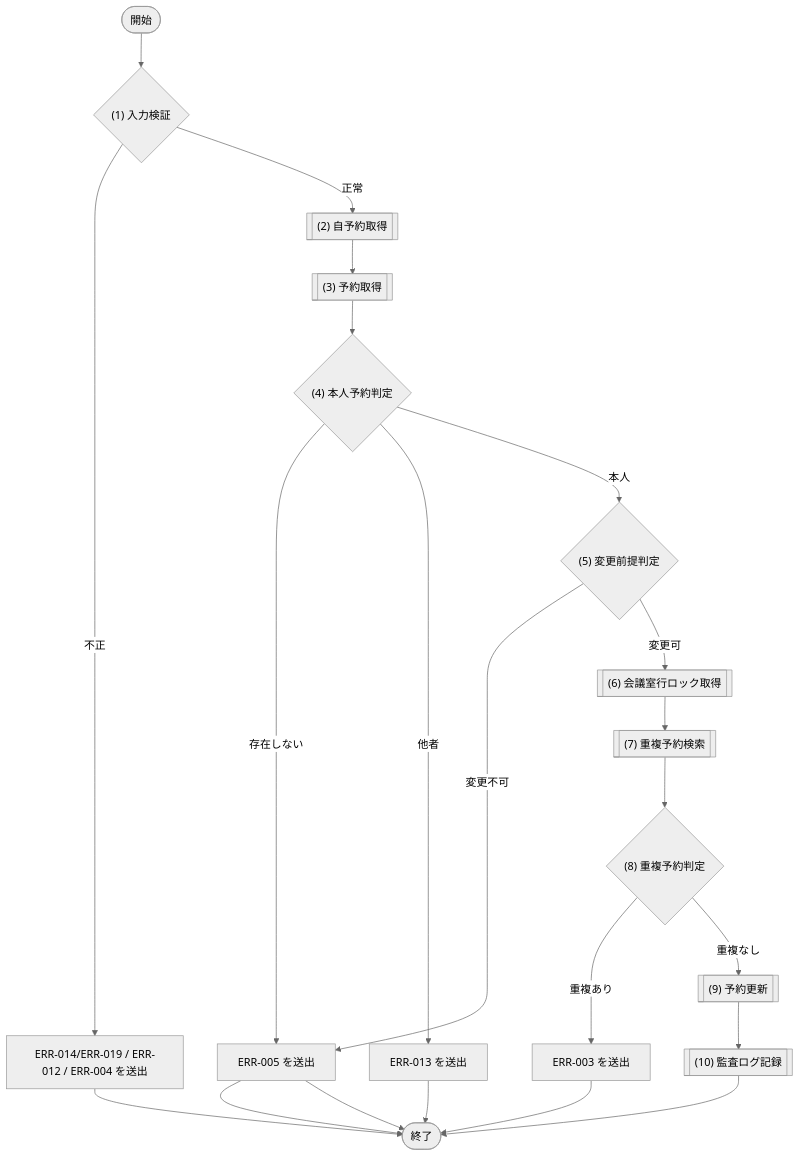
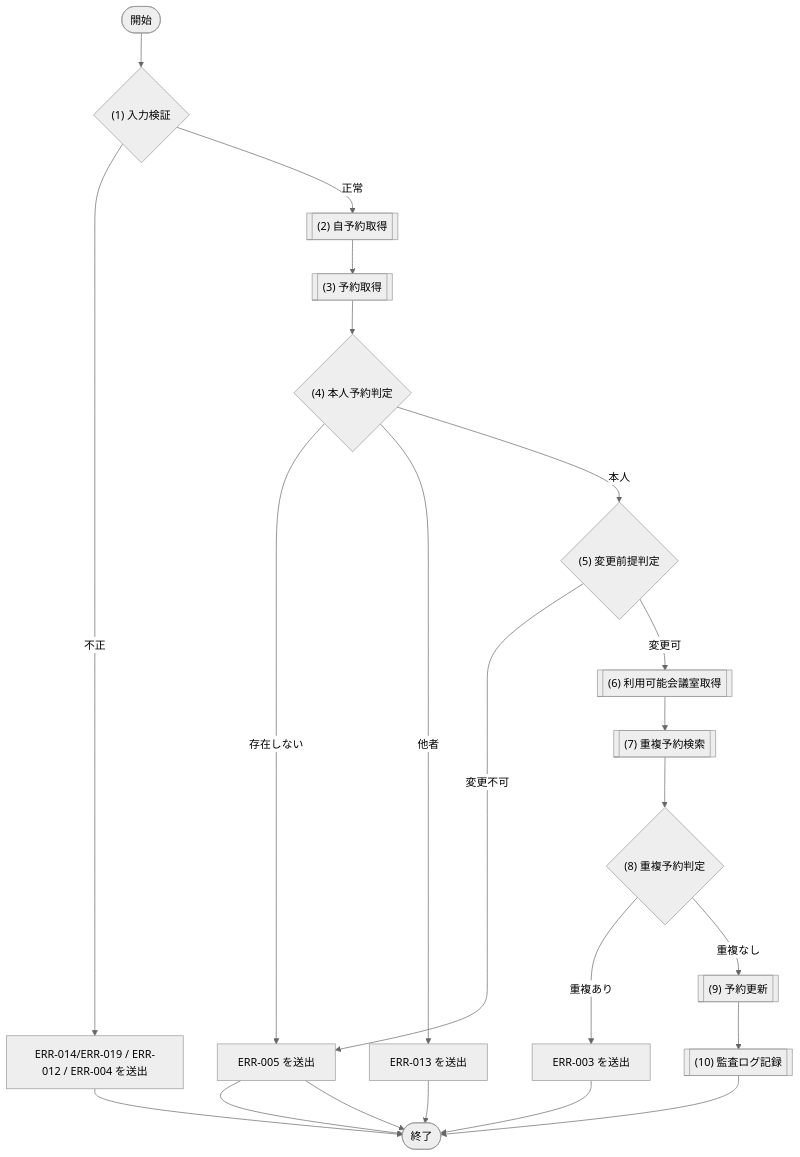
One commit to sikakou54/system-document-template changed the third of 6 diagrams in docs/03_機能設計/06_モジュール設計/MOD-003_予約サービス.md. Above: the diagram before and after it, drawn with Mermaid (neutral theme). The commit also changed other lines of this file and 55 other files, not shown here.

````diff
--- a/docs/03_機能設計/06_モジュール設計/MOD-003_予約サービス.md
+++ b/docs/03_機能設計/06_モジュール設計/MOD-003_予約サービス.md
@@ -404,30 +408,30 @@
 ```mermaid
 flowchart TD
   Start([開始])
   D1{"(1) 入力検証"}
   P1[["(2) 自予約取得"]]
   P2[["(3) 予約取得"]]
   D2{"(4) 本人予約判定"}
   D3{"(5) 変更前提判定"}
-  P3[["(6) 会議室行ロック取得"]]
+  P3[["(6) 利用可能会議室取得"]]
   P4[["(7) 重複予約検索"]]
   D4{"(8) 重複予約判定"}
   P5[["(9) 予約更新"]]
   P6[["(10) 監査ログ記録"]]
   E1["ERR-014/ERR-019 / ERR-012 / ERR-004 を送出"]
   E2["ERR-005 を送出"]
   E3["ERR-013 を送出"]
   E4["ERR-003 を送出"]
   End([終了])
 
   Start --> D1
   D1 -- "不正" --> E1 --> End
   D1 -- "正常" --> P1 --> P2 --> D2
   D2 -- "存在しない" --> E2 --> End
   D2 -- "他者" --> E3 --> End
   D2 -- "本人" --> D3
   D3 -- "変更不可" --> E2 --> End
   D3 -- "変更可" --> P3 --> P4 --> D4
   D4 -- "重複あり" --> E4 --> End
   D4 -- "重複なし" --> P5 --> P6 --> End
 ```
````
